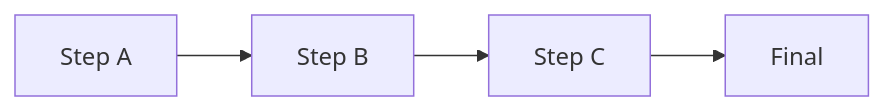
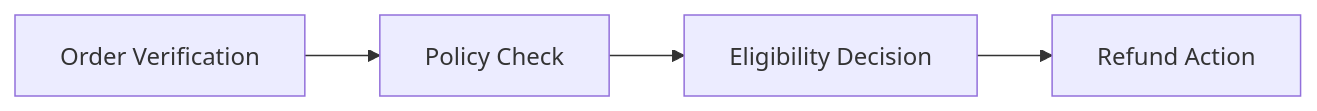
Before and after one commit to shomi-khan/preparation: the second of 4 diagrams in notes/module-02-from-one-agent-to-a-system/04-multi-agent-orchestration.md, drawn with Mermaid. The commit also changed other lines of this file, not shown here.

````diff
--- a/notes/module-02-from-one-agent-to-a-system/04-multi-agent-orchestration.md
+++ b/notes/module-02-from-one-agent-to-a-system/04-multi-agent-orchestration.md
@@ -41,6 +75,6 @@
 ```mermaid
 flowchart LR
-    A[Step A] --> B[Step B]
-    B --> C[Step C]
-    C --> D[Final]
+    A[Order Verification] --> B[Policy Check]
+    B --> C[Eligibility Decision]
+    C --> D[Refund Action]
 ```
````
